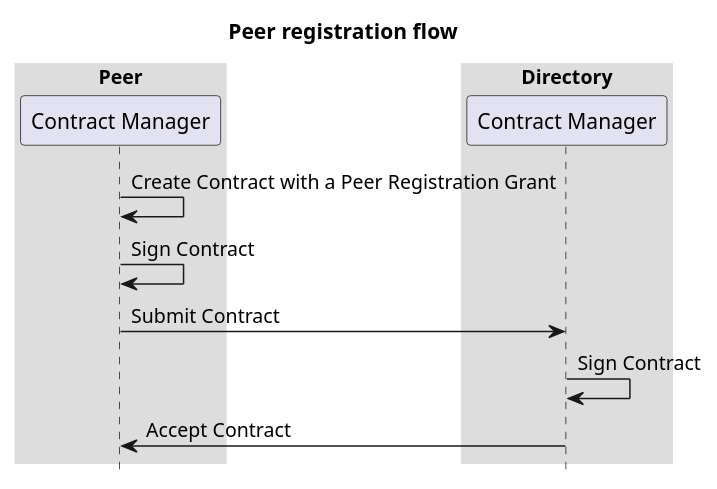
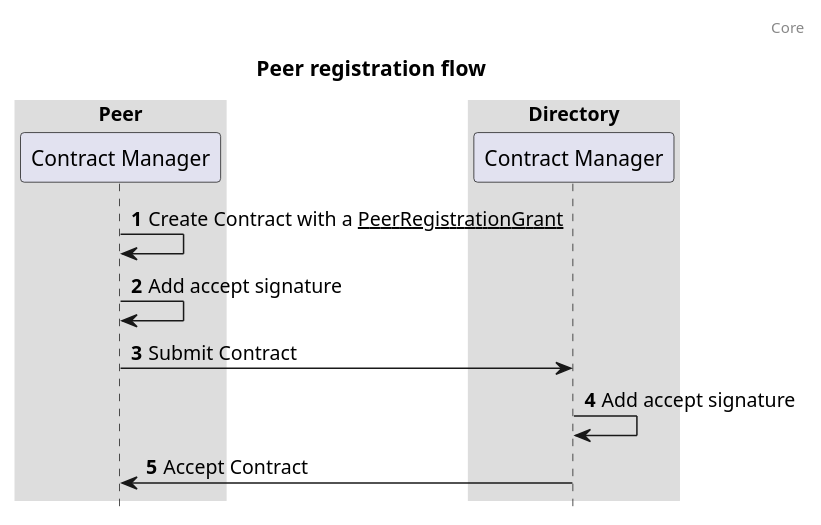
The diagram in diagrams/seq-registering-a-peer.puml (Logius-standaarden/fsc-core), drawn with PlantUML before and after one commit. The commit also changed 7 other files, not shown here.

Commit message:
improved sequence diagrams

```diff
--- a/diagrams/seq-registering-a-peer.puml
+++ b/diagrams/seq-registering-a-peer.puml
@@ -1,20 +1,23 @@
 @startuml
+
+autonumber
+header: Core
 title: Peer registration flow
 
 box "Peer"
   participant "Contract Manager" as contractManagerPeer
 end box
 box "Directory"
   participant "Contract Manager" as contractManagerDirectory
 end box
 
-contractManagerPeer -> contractManagerPeer: Create Contract with a Peer Registration Grant
-contractManagerPeer -> contractManagerPeer: Sign Contract
+contractManagerPeer -> contractManagerPeer: Create Contract with a __PeerRegistrationGrant__
+contractManagerPeer -> contractManagerPeer: Add accept signature
 contractManagerPeer -> contractManagerDirectory: Submit Contract
-contractManagerDirectory -> contractManagerDirectory: Sign Contract
+contractManagerDirectory -> contractManagerDirectory: Add accept signature
 contractManagerDirectory -> contractManagerPeer: Accept Contract
 
 skinparam sequenceBoxBorderColor #transparent
 skinparam boxPadding 50
 hide footbox
 @enduml
```
